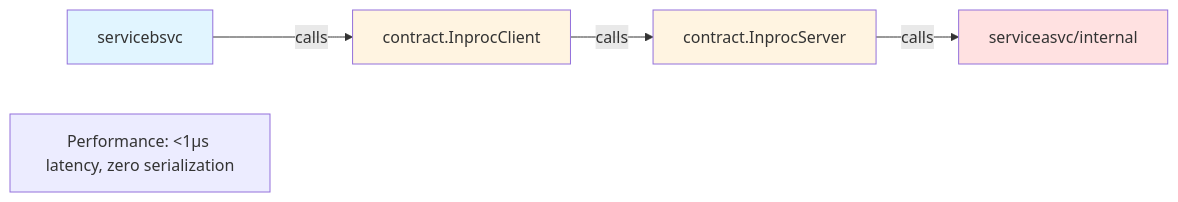
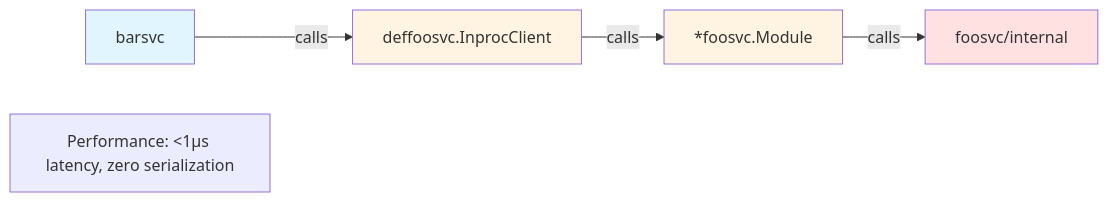
The second of 5 diagrams in white-paper.md (pivaldi/go-modular-monolith-white-paper), drawn with Mermaid before and after one commit. The commit also changed other lines of this file and 20 other files, not shown here.

````diff
--- a/white-paper.md
+++ b/white-paper.md
@@ -286,13 +286,13 @@
 ```mermaid
 graph LR
-    servicebsvc["servicebsvc"] -->|calls| inproc_client["contract.InprocClient"]
-    inproc_client -->|calls| inproc_server["contract.InprocServer"]
-    inproc_server -->|calls| serviceasvc_internal["serviceasvc/internal"]
+    barsvc["barsvc"] -->|calls| inproc_client["deffoosvc.InprocClient"]
+    inproc_client -->|calls| foosvc_module["*foosvc.Module"]
+    foosvc_module -->|calls| foosvc_internal["foosvc/internal"]
 
     note["Performance: &lt;1μs latency, zero serialization"]
 
-    style servicebsvc fill:#e1f5ff
+    style barsvc fill:#e1f5ff
     style inproc_client fill:#fff4e1
-    style inproc_server fill:#fff4e1
-    style serviceasvc_internal fill:#ffe1e1
+    style foosvc_module fill:#fff4e1
+    style foosvc_internal fill:#ffe1e1
 ```
````
